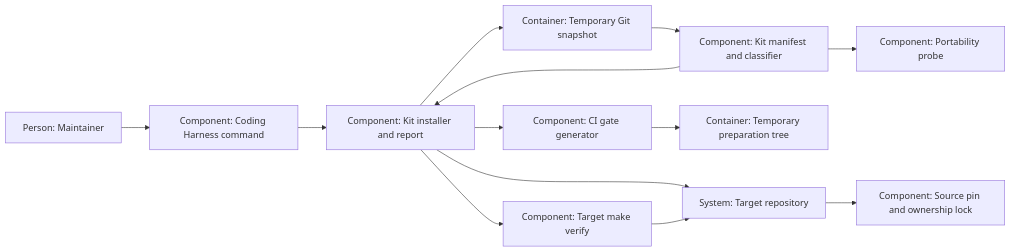
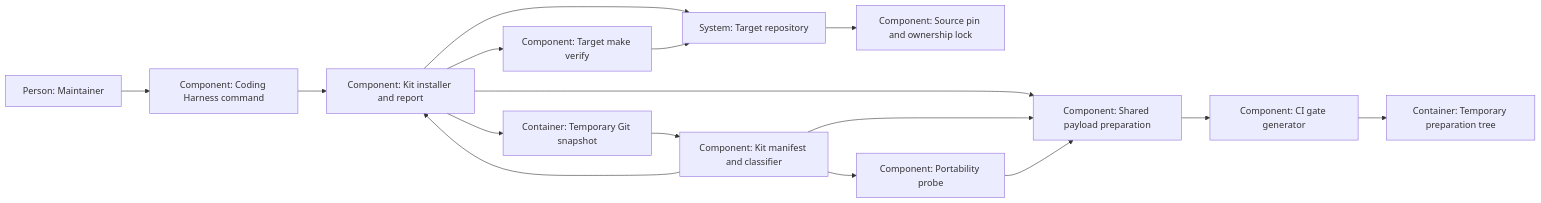
One commit to bicycle-brakes/monotrope changed the diagram in plans/changes/kit-install/design.md. Above: the diagram before and after it, drawn with Mermaid. The commit also changed other lines of this file and 5 other files, not shown here.

````diff
--- a/plans/changes/kit-install/design.md
+++ b/plans/changes/kit-install/design.md
@@ -199,15 +237,18 @@
 ```mermaid
 flowchart LR
     maintainer["Person: Maintainer"] --> command["Component: Coding Harness command"]
     command --> installer["Component: Kit installer and report"]
     installer --> snapshot["Container: Temporary Git snapshot"]
     snapshot --> manifest["Component: Kit manifest and classifier"]
     manifest --> installer
-    installer --> generator["Component: CI gate generator"]
+    installer --> payload["Component: Shared payload preparation"]
+    manifest --> payload
+    payload --> generator["Component: CI gate generator"]
     generator --> preparation["Container: Temporary preparation tree"]
     installer --> target["System: Target repository"]
     target --> lock["Component: Source pin and ownership lock"]
     installer --> verifier["Component: Target make verify"]
     verifier --> target
     manifest --> probe["Component: Portability probe"]
+    probe --> payload
 ```
````
